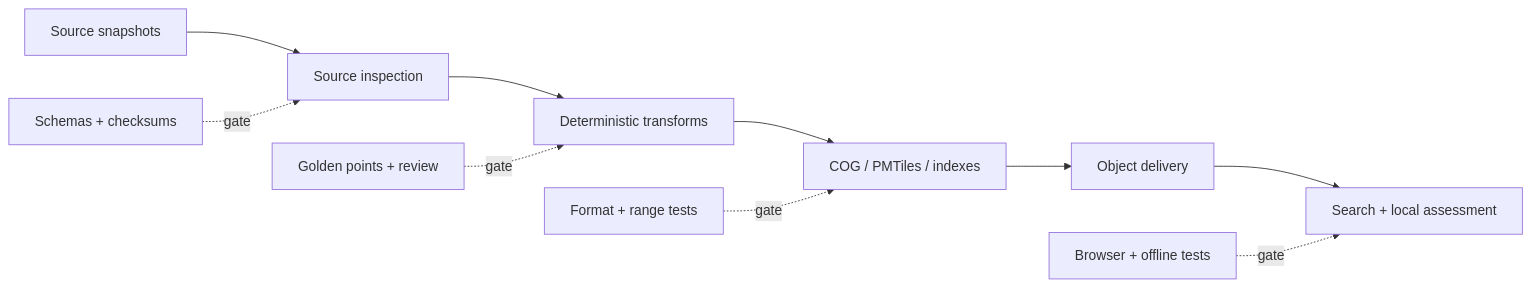
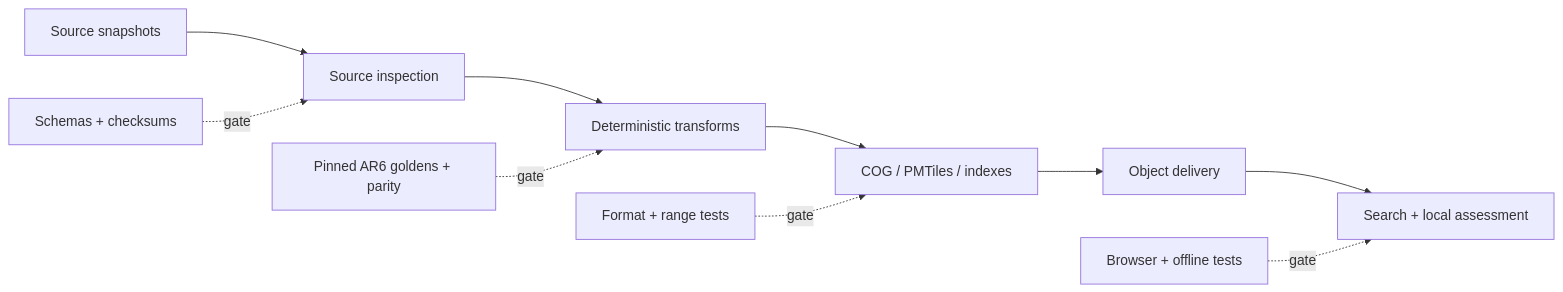
Before and after one commit to artemsemdev/SeaRise-Europe: the diagram in docs/architecture/10-testing-strategy.md, drawn with Mermaid. The commit also changed other lines of this file and 1 other file, not shown here.

Commit message:
docs(science): define active Phase 0R gates

````diff
--- a/docs/architecture/10-testing-strategy.md
+++ b/docs/architecture/10-testing-strategy.md
@@ -16,13 +16,13 @@
 ```mermaid
 flowchart LR
     Source["Source snapshots"] --> Inspect["Source inspection"]
     Inspect --> Transform["Deterministic transforms"]
     Transform --> Artifacts["COG / PMTiles / indexes"]
     Artifacts --> Publish["Object delivery"]
     Publish --> Browser["Search + local assessment"]
 
     Contracts["Schemas + checksums"] -. gate .-> Inspect
-    Science["Golden points + review"] -. gate .-> Transform
+    Science["Pinned AR6 goldens + parity"] -. gate .-> Transform
     Integrity["Format + range tests"] -. gate .-> Artifacts
     E2E["Browser + offline tests"] -. gate .-> Browser
 ```
````
